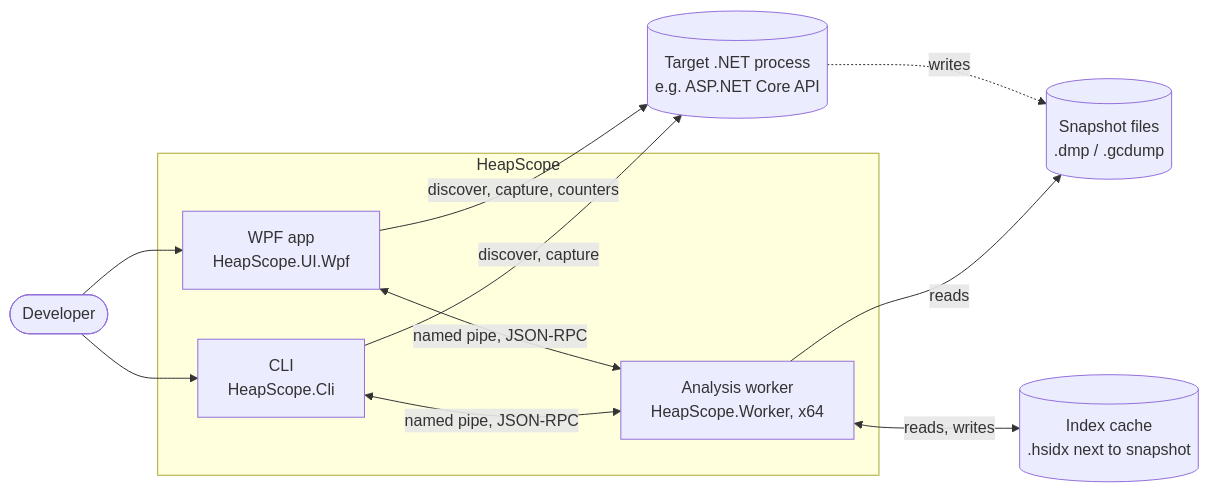
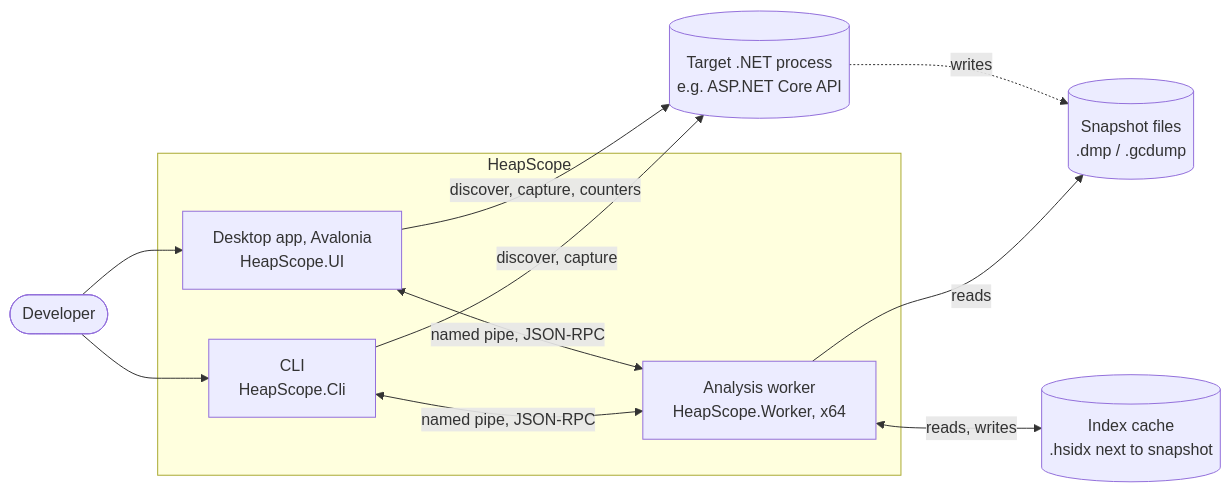
The first of 2 diagrams in docs/ARCHITECTURE.md (rklundt/HeapScope), drawn with Mermaid before and after one commit. The commit also changed other lines of this file and 75 other files, not shown here.

````diff
--- a/docs/ARCHITECTURE.md
+++ b/docs/ARCHITECTURE.md
@@ -33,22 +33,22 @@
 ```mermaid
 flowchart LR
     Dev([Developer])
     subgraph HeapScope
-        UI[WPF app<br/>HeapScope.UI.Wpf]
+        UI[Desktop app, Avalonia<br/>HeapScope.UI]
         CLI[CLI<br/>HeapScope.Cli]
         W[Analysis worker<br/>HeapScope.Worker, x64]
     end
     Target[(Target .NET process<br/>e.g. ASP.NET Core API)]
     Dumps[(Snapshot files<br/>.dmp / .gcdump)]
     Cache[(Index cache<br/>.hsidx next to snapshot)]
 
     Dev --> UI
     Dev --> CLI
     UI <-- named pipe, JSON-RPC --> W
     CLI <-- named pipe, JSON-RPC --> W
     UI -- discover, capture, counters --> Target
     CLI -- discover, capture --> Target
     Target -. writes .-> Dumps
     W -- reads --> Dumps
     W <-- reads, writes --> Cache
 ```
````
